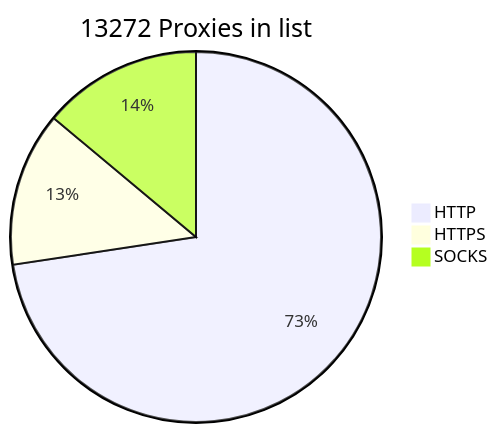
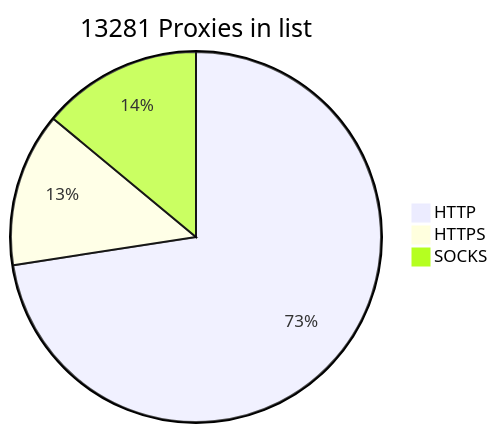
The diagram in README.md (BlackSnowDot/proxylist-update-every-minute), drawn with Mermaid before and after one commit.

````diff
--- a/README.md
+++ b/README.md
@@ -2,6 +2,6 @@
 ```mermaid
-pie title 13272 Proxies in list
+pie title 13281 Proxies in list
     "HTTP" : 9939
     "HTTPS": 1844
-    "SOCKS" : 1906
+    "SOCKS" : 1915
 ```
````
